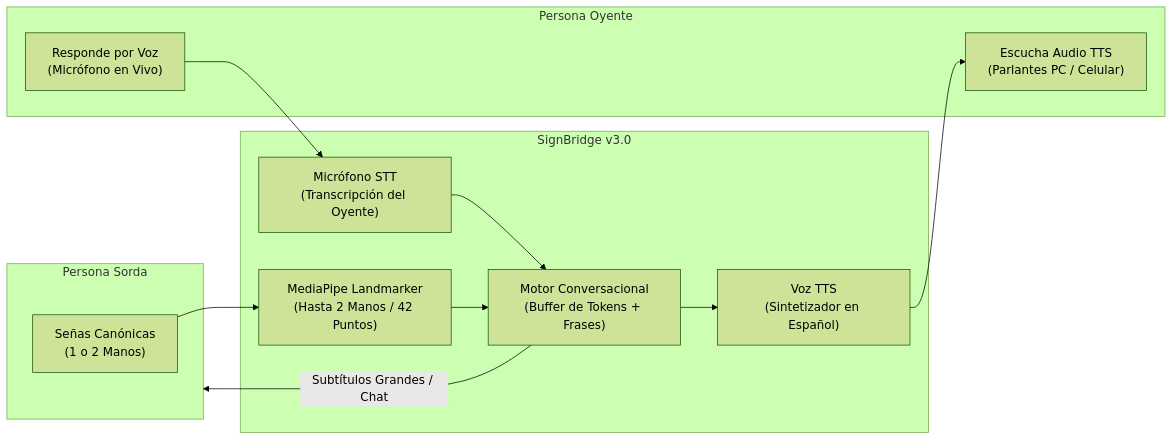
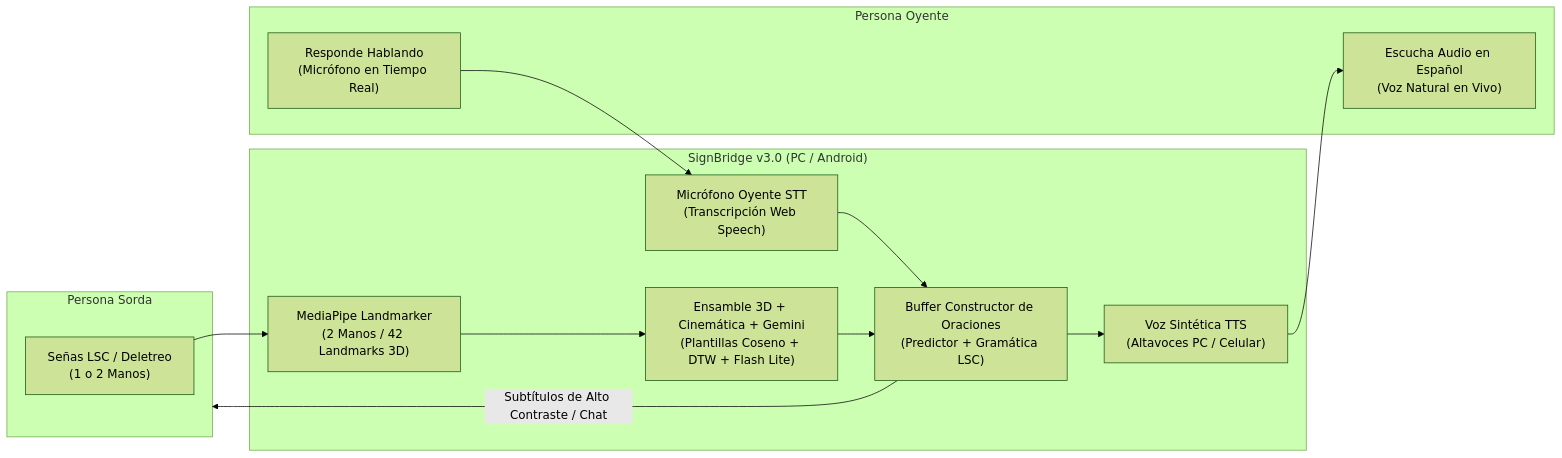
The diagram in DOCUMENTACION_PROYECTO.md (jpnexe/Detenci-n-de-gestos), drawn with Mermaid (forest theme) before and after one commit. The commit also changed other lines of this file and 2 other files, not shown here.

````diff
--- a/DOCUMENTACION_PROYECTO.md
+++ b/DOCUMENTACION_PROYECTO.md
@@ -26,19 +62,20 @@
 ```mermaid
 flowchart LR
     subgraph Sorda["Persona Sorda"]
-        A["Señas Canónicas\n(1 o 2 Manos)"]
+        A["Señas LSC / Deletreo\n(1 o 2 Manos)"]
     end
-    subgraph Sistema["SignBridge v3.0"]
-        B["MediaPipe Landmarker\n(Hasta 2 Manos / 42 Puntos)"]
-        C["Motor Conversacional\n(Buffer de Tokens + Frases)"]
-        D["Voz TTS\n(Sintetizador en Español)"]
-        E["Micrófono STT\n(Transcripción del Oyente)"]
+    subgraph Sistema["SignBridge v3.0 (PC / Android)"]
+        B["MediaPipe Landmarker\n(2 Manos / 42 Landmarks 3D)"]
+        C["Ensamble 3D + Cinemática + Gemini\n(Plantillas Coseno + DTW + Flash Lite)"]
+        D["Buffer Constructor de Oraciones\n(Predictor + Gramática LSC)"]
+        E["Voz Sintética TTS\n(Altavoces PC / Celular)"]
+        F["Micrófono Oyente STT\n(Transcripción Web Speech)"]
     end
     subgraph Oyente["Persona Oyente"]
-        F["Escucha Audio TTS\n(Parlantes PC / Celular)"]
-        G["Responde por Voz\n(Micrófono en Vivo)"]
+        G["Escucha Audio en Español\n(Voz Natural en Vivo)"]
+        H["Responde Hablando\n(Micrófono en Tiempo Real)"]
     end
 
-    A --> B --> C --> D --> F
-    G --> E --> C -->|Subtítulos Grandes / Chat| Sorda
+    A --> B --> C --> D --> E --> G
+    H --> F --> D -->|Subtítulos de Alto Contraste / Chat| Sorda
 ```
````
